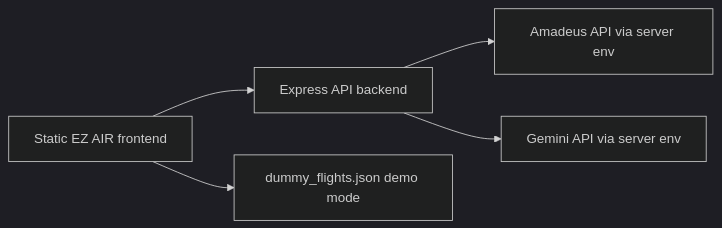
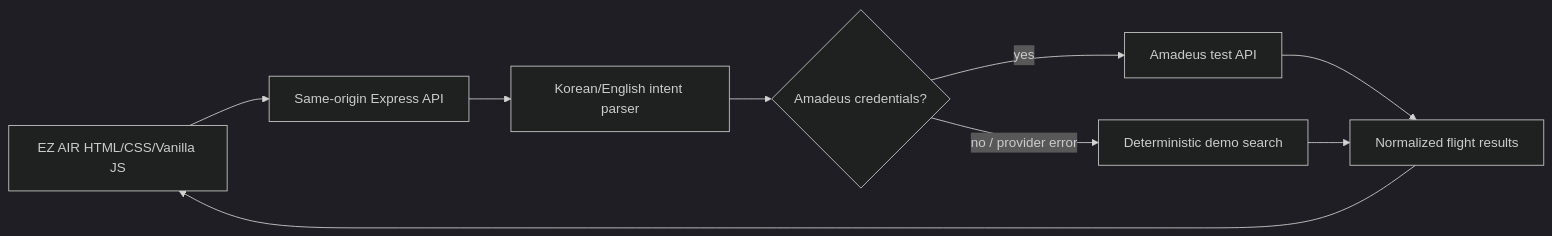
Before and after one commit to oosuhada/ezair.ai: the diagram in README.md, drawn with Mermaid (dark theme). The commit also changed other lines of this file and 23 other files, not shown here.

Commit message:
feat: turn EZ AIR into usable AI flight search

````diff
--- a/README.md
+++ b/README.md
@@ -31,7 +132,11 @@
 ```mermaid
 flowchart LR
-  browser["Static EZ AIR frontend"] --> backend["Express API backend"]
-  backend --> amadeus["Amadeus API via server env"]
-  backend --> gemini["Gemini API via server env"]
-  browser --> mock["dummy_flights.json demo mode"]
+  browser["EZ AIR HTML/CSS/Vanilla JS"] --> express["Same-origin Express API"]
+  express --> intent["Korean/English intent parser"]
+  intent --> amadeus{"Amadeus credentials?"}
+  amadeus -->|yes| live["Amadeus test API"]
+  amadeus -->|no / provider error| demo["Deterministic demo search"]
+  live --> normalized["Normalized flight results"]
+  demo --> normalized
+  normalized --> browser
 ```
````
